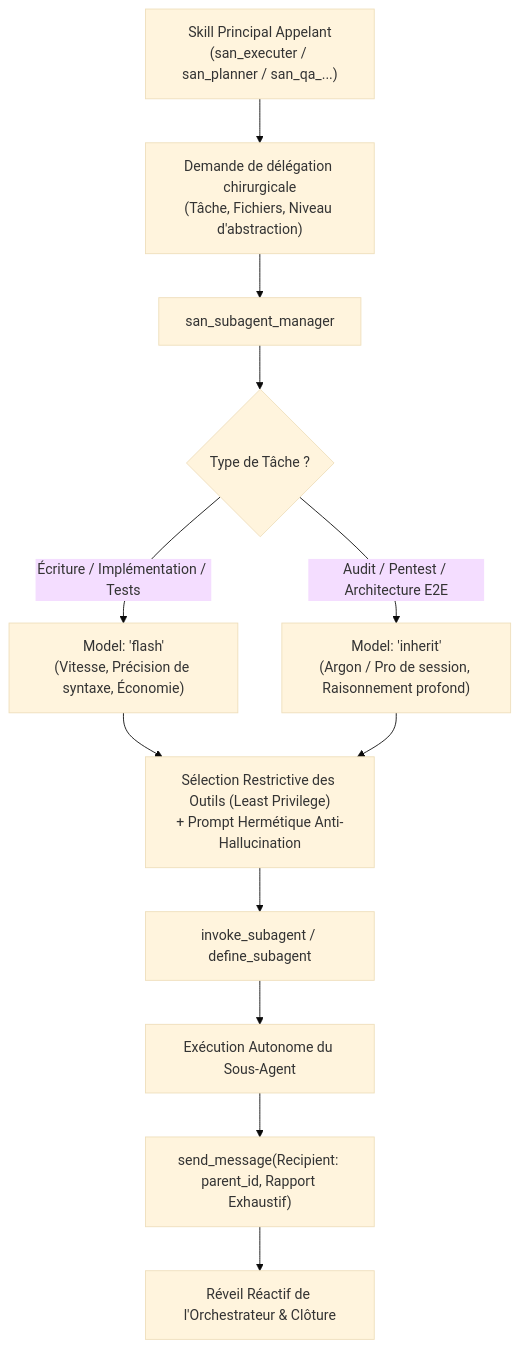
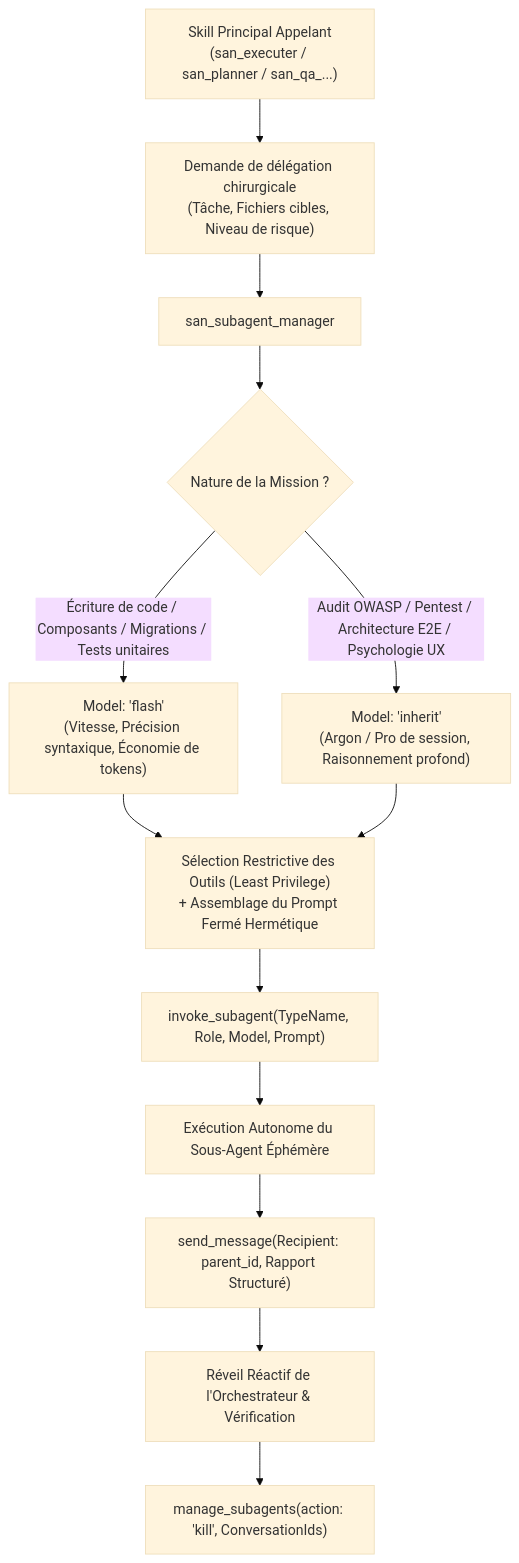
One commit to alexsan-dev/san_agy_framework changed the first of 3 diagrams in sub-skills/san_subagent_manager.md. Above: the diagram before and after it, drawn with Mermaid (base theme). The commit also changed other lines of this file and 41 other files, not shown here.

Commit message:
feat(phase3): packaging and automated testing of onboarding & scoping core (san_init, san_brainstorming, san_planner)

````diff
--- a/sub-skills/san_subagent_manager.md
+++ b/sub-skills/san_subagent_manager.md
@@ -68,18 +65,19 @@
 ```mermaid
 flowchart TD
-    ParentSkill["Skill Principal Appelant\n(san_executer / san_planner / san_qa_...)"] --> Req["Demande de délégation chirurgicale\n(Tâche, Fichiers, Niveau d'abstraction)"]
+    ParentSkill["Skill Principal Appelant\n(san_executer / san_planner / san_qa_...)"] --> Req["Demande de délégation chirurgicale\n(Tâche, Fichiers cibles, Niveau de risque)"]
     
     Req --> Manager["san_subagent_manager"]
     
-    Manager --> ModelDecision{"Type de Tâche ?"}
-    ModelDecision -->|"Écriture / Implémentation / Tests"| RouteFlash["Model: 'flash'\n(Vitesse, Précision de syntaxe, Économie)"]
-    ModelDecision -->|"Audit / Pentest / Architecture E2E"| RouteInherit["Model: 'inherit'\n(Argon / Pro de session, Raisonnement profond)"]
+    Manager --> ModelDecision{"Nature de la Mission ?"}
+    ModelDecision -->|"Écriture de code / Composants / Migrations / Tests unitaires"| RouteFlash["Model: 'flash'\n(Vitesse, Précision syntaxique, Économie de tokens)"]
+    ModelDecision -->|"Audit OWASP / Pentest / Architecture E2E / Psychologie UX"| RouteInherit["Model: 'inherit'\n(Argon / Pro de session, Raisonnement profond)"]
     
-    RouteFlash --> Sandbox["Sélection Restrictive des Outils (Least Privilege)\n+ Prompt Hermétique Anti-Hallucination"]
+    RouteFlash --> Sandbox["Sélection Restrictive des Outils (Least Privilege)\n+ Assemblage du Prompt Fermé Hermétique"]
     RouteInherit --> Sandbox
     
-    Sandbox --> Launch["invoke_subagent / define_subagent"]
-    Launch --> Execution["Exécution Autonome du Sous-Agent"]
-    Execution --> Report["send_message(Recipient: parent_id, Rapport Exhaustif)"]
-    Report --> Wakeup["Réveil Réactif de l'Orchestrateur & Clôture"]
+    Sandbox --> Launch["invoke_subagent(TypeName, Role, Model, Prompt)"]
+    Launch --> Execution["Exécution Autonome du Sous-Agent Éphémère"]
+    Execution --> Report["send_message(Recipient: parent_id, Rapport Structuré)"]
+    Report --> Wakeup["Réveil Réactif de l'Orchestrateur & Vérification"]
+    Wakeup --> Cleanup["manage_subagents(action: 'kill', ConversationIds)"]
 ```
````
